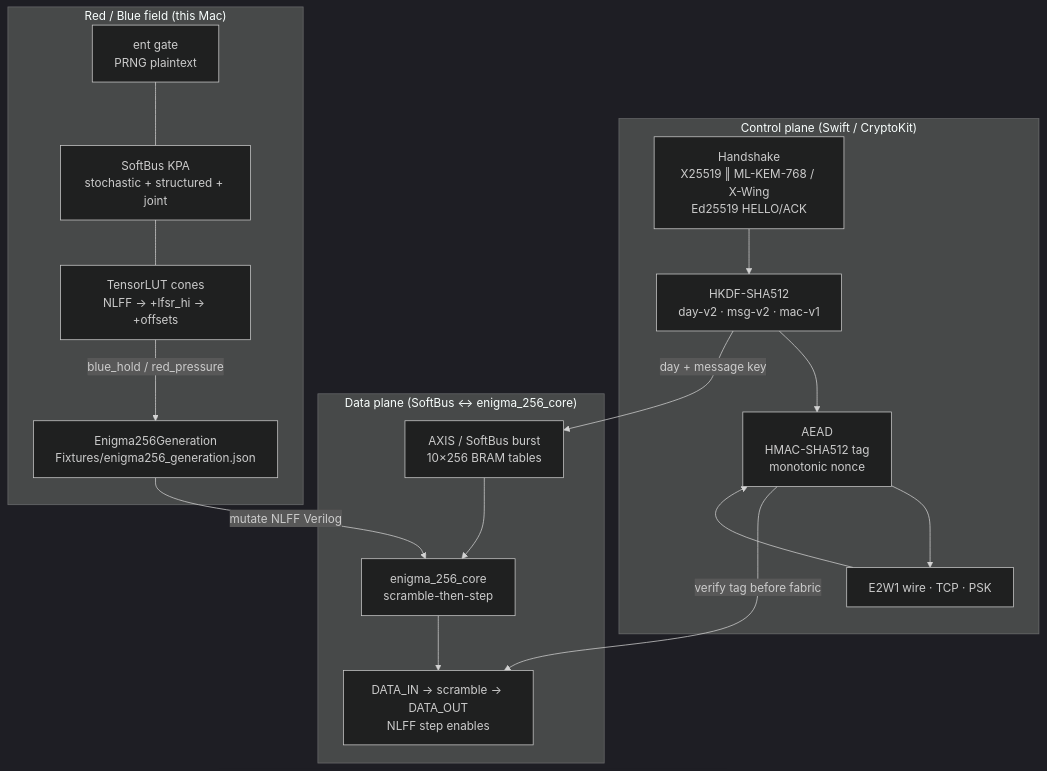
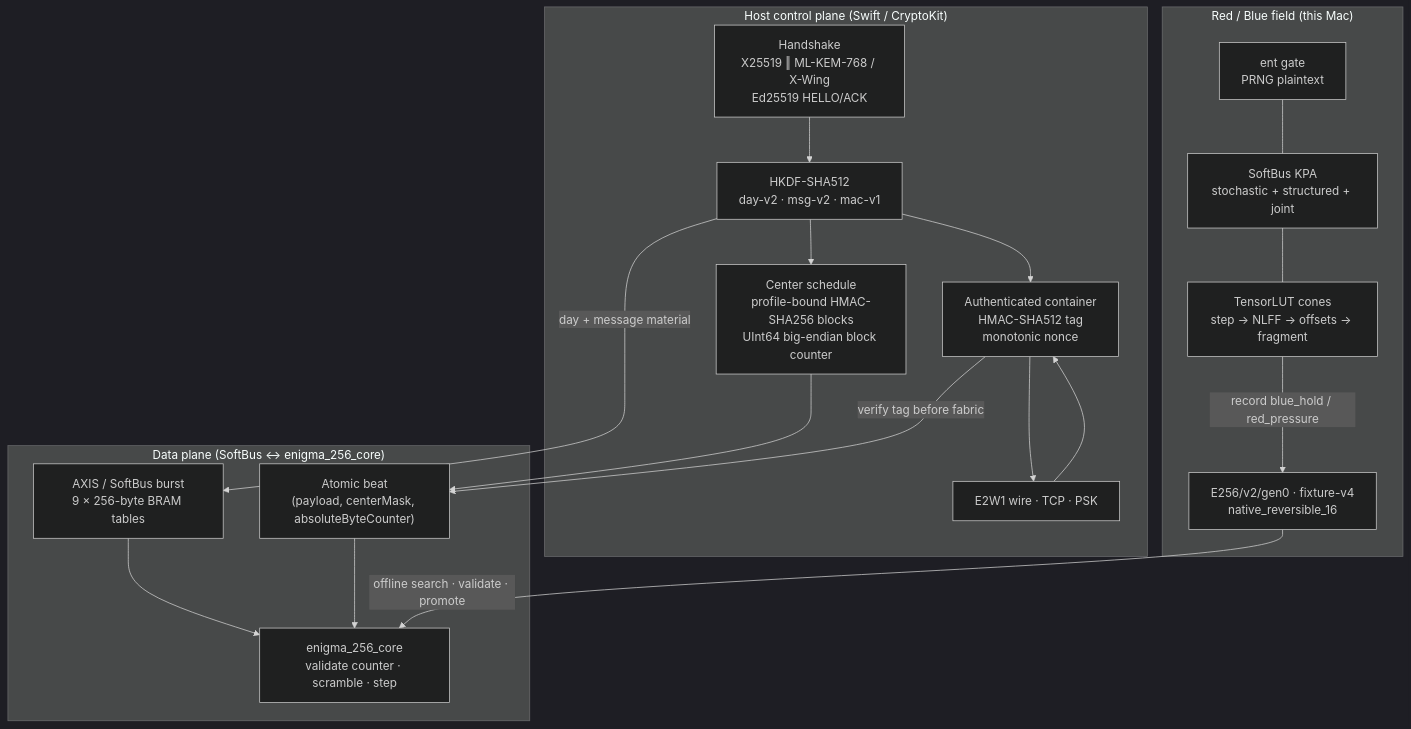
The first of 5 diagrams in Enigma256.md (Digital-Defiance/HELUT), drawn with Mermaid (dark theme) before and after one commit. The commit also changed other lines of this file and 1219 other files, not shown here.

````diff
--- a/Enigma256.md
+++ b/Enigma256.md
@@ -9,31 +17,36 @@
 ```mermaid
 flowchart TB
-  subgraph CP["Control plane (Swift / CryptoKit)"]
+  subgraph CP["Host control plane (Swift / CryptoKit)"]
     HS["Handshake<br/>X25519 ‖ ML-KEM-768 / X-Wing<br/>Ed25519 HELLO/ACK"]
     KDF["HKDF-SHA512<br/>day-v2 · msg-v2 · mac-v1"]
-    AEAD["AEAD<br/>HMAC-SHA512 tag<br/>monotonic nonce"]
+    CM["Center schedule<br/>profile-bound HMAC-SHA256 blocks<br/>UInt64 big-endian block counter"]
+    AUTH["Authenticated container<br/>HMAC-SHA512 tag<br/>monotonic nonce"]
     WIRE["E2W1 wire · TCP · PSK"]
-    HS --> KDF --> AEAD --> WIRE
+    HS --> KDF
+    KDF --> CM
+    KDF --> AUTH --> WIRE
   end
 
   subgraph DP["Data plane (SoftBus ↔ enigma_256_core)"]
-    BURST["AXIS / SoftBus burst<br/>10×256 BRAM tables"]
-    CORE["enigma_256_core<br/>scramble-then-step"]
-    STREAM["DATA_IN → scramble → DATA_OUT<br/>NLFF step enables"]
-    BURST --> CORE --> STREAM
+    BURST["AXIS / SoftBus burst<br/>9 × 256-byte BRAM tables"]
+    TUPLE["Atomic beat<br/>(payload, centerMask, absoluteByteCounter)"]
+    CORE["enigma_256_core<br/>validate counter · scramble · step"]
+    BURST --> CORE
+    TUPLE --> CORE
   end
 
   subgraph RED["Red / Blue field (this Mac)"]
     ENT["ent gate<br/>PRNG plaintext"]
     KPA["SoftBus KPA<br/>stochastic + structured + joint"]
-    TL["TensorLUT cones<br/>NLFF → +lfsr_hi → +offsets"]
-    GEN["Enigma256Generation<br/>Fixtures/enigma256_generation.json"]
+    TL["TensorLUT cones<br/>step → NLFF → offsets → fragment"]
+    GEN["E256/v2/gen0 · fixture-v4<br/>native_reversible_16"]
     ENT --- KPA --- TL
-    TL -->|"blue_hold / red_pressure"| GEN
-    GEN -->|"mutate NLFF Verilog"| CORE
+    TL -->|"record blue_hold / red_pressure"| GEN
+    GEN -->|"offline search · validate · promote"| CORE
   end
 
-  KDF -->|"day + message key"| BURST
-  AEAD -->|"verify tag before fabric"| STREAM
-  WIRE --> AEAD
+  KDF -->|"day + message material"| BURST
+  CM --> TUPLE
+  AUTH -->|"verify tag before fabric"| TUPLE
+  WIRE --> AUTH
 ```
````
